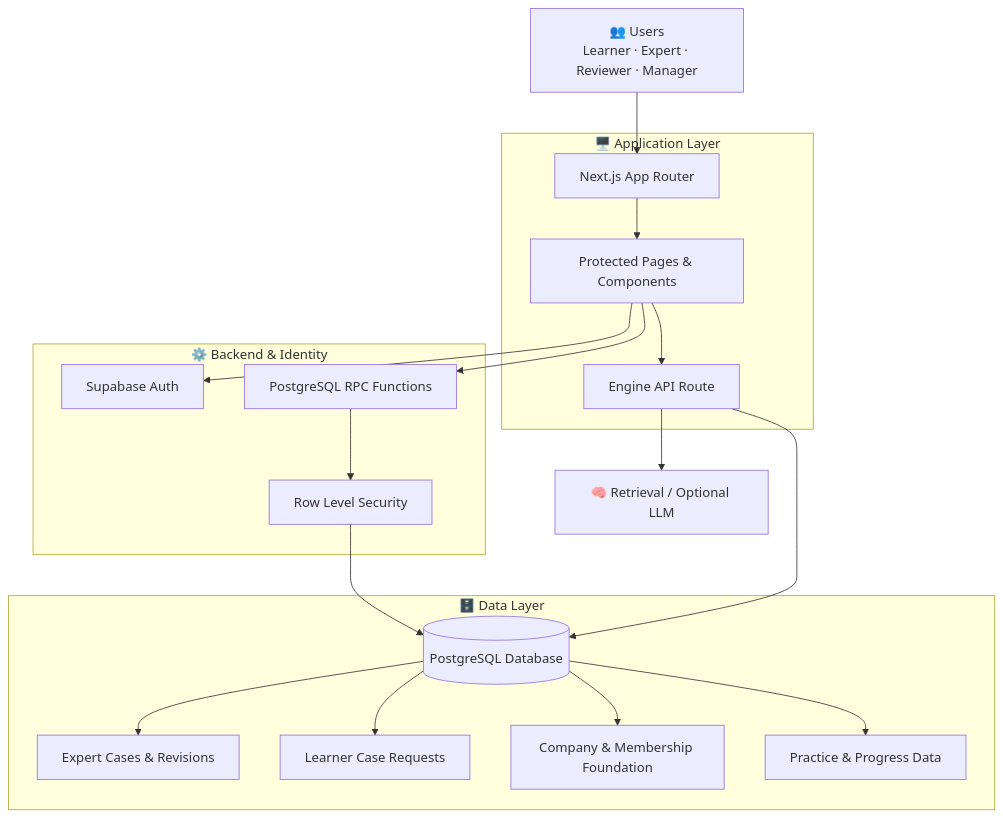
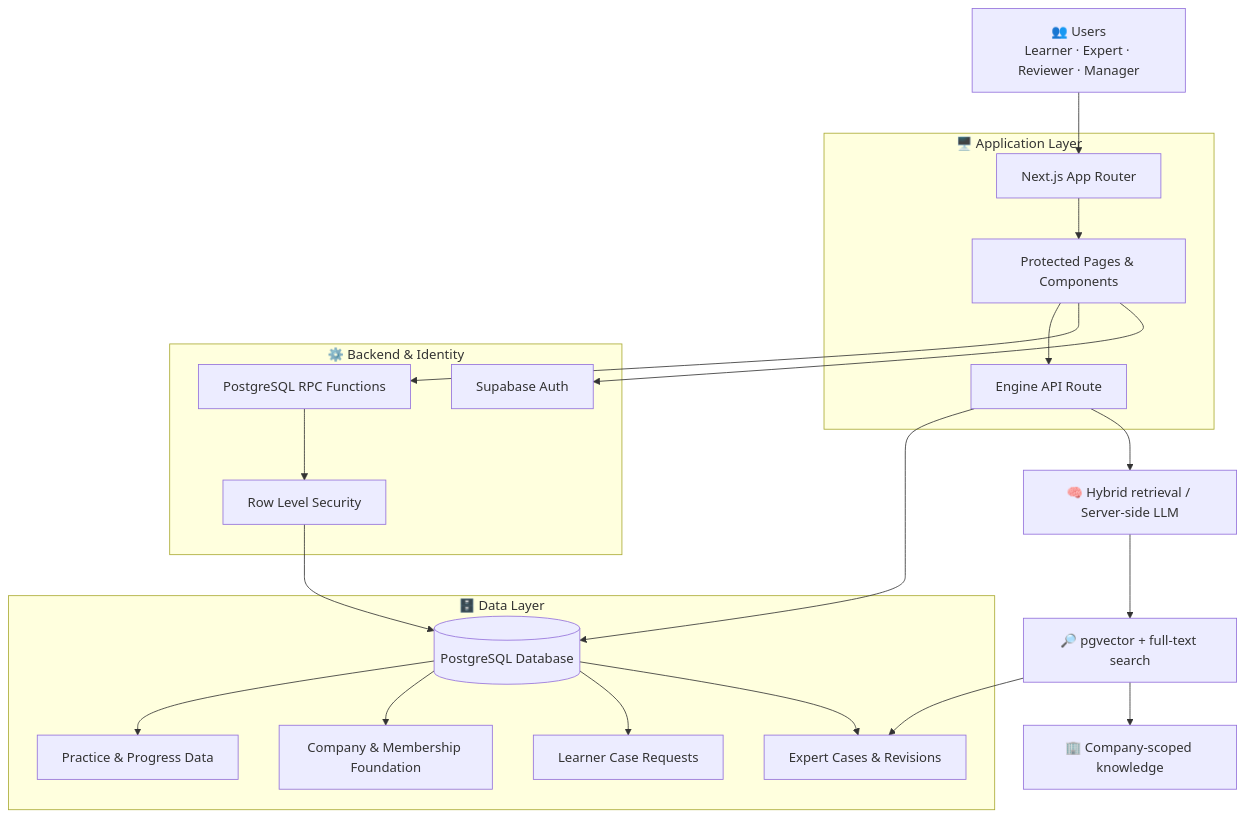
One commit to shubhamDeyCoder/experiance-compression-engine changed the first of 3 diagrams in docs/architecture.md. Above: the diagram before and after it, drawn with Mermaid. The commit also changed other lines of this file and 28 other files, not shown here.

````diff
--- a/docs/architecture.md
+++ b/docs/architecture.md
@@ -13,36 +13,41 @@
 ```mermaid
 flowchart TB
     U["👥 Users<br/>Learner · Expert · Reviewer · Manager"]
     subgraph FRONTEND["🖥️ Application Layer"]
         N["Next.js App Router"]
         P["Protected Pages & Components"]
         API["Engine API Route"]
     end
     subgraph BACKEND["⚙️ Backend & Identity"]
         AUTH["Supabase Auth"]
         RPC["PostgreSQL RPC Functions"]
         RLS["Row Level Security"]
     end
     subgraph DATA["🗄️ Data Layer"]
         DB[("PostgreSQL Database")]
         CASES["Expert Cases & Revisions"]
         REQUESTS["Learner Case Requests"]
         ORG["Company & Membership Foundation"]
         PROGRESS["Practice & Progress Data"]
     end
-    AI["🧠 Retrieval / Optional LLM"]
+    AI["🧠 Hybrid retrieval / Server-side LLM"]
+    VEC["🔎 pgvector + full-text search"]
+    KNOWLEDGE["🏢 Company-scoped knowledge"]
 
     U --> N
     N --> P
     P --> AUTH
     P --> RPC
     P --> API
     RPC --> RLS
     RLS --> DB
     DB --> CASES
     DB --> REQUESTS
     DB --> ORG
     DB --> PROGRESS
     API --> AI
+    AI --> VEC
+    VEC --> CASES
+    VEC --> KNOWLEDGE
     API --> DB
 ```
````
